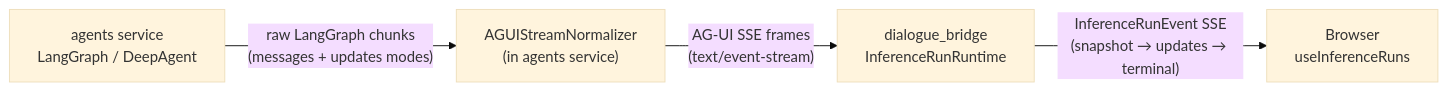
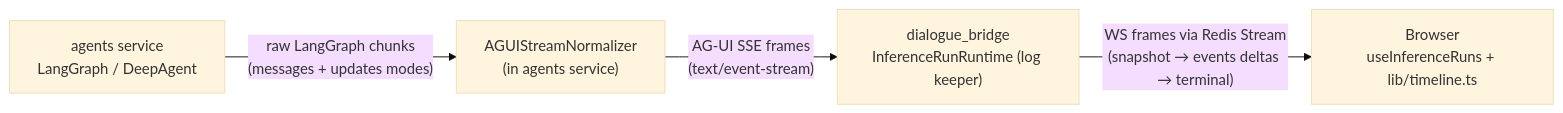
The first of 9 diagrams in docs/development/agui-protocol.md (konstantinosmpouros/mAgenticX), drawn with Mermaid (base theme) before and after one commit. The commit also changed other lines of this file and 39 other files, not shown here.

Commit message:
Agent run timeline rebuild: event-log fold + interleaved CoT/content + HITL takeover

````diff
--- a/docs/development/agui-protocol.md
+++ b/docs/development/agui-protocol.md
@@ -9,11 +9,11 @@
 ```mermaid
 flowchart LR
     Agent["agents service\nLangGraph / DeepAgent"]
     Norm["AGUIStreamNormalizer\n(in agents service)"]
-    Bridge["dialogue_bridge\nInferenceRunRuntime"]
-    Client["Browser\nuseInferenceRuns"]
+    Bridge["dialogue_bridge\nInferenceRunRuntime (log keeper)"]
+    Client["Browser\nuseInferenceRuns + lib/timeline.ts"]
 
     Agent -->|"raw LangGraph chunks\n(messages + updates modes)"| Norm
     Norm -->|"AG-UI SSE frames\n(text/event-stream)"| Bridge
-    Bridge -->|"InferenceRunEvent SSE\n(snapshot → updates → terminal)"| Client
+    Bridge -->|"WS frames via Redis Stream\n(snapshot → events deltas → terminal)"| Client
 ```
````
